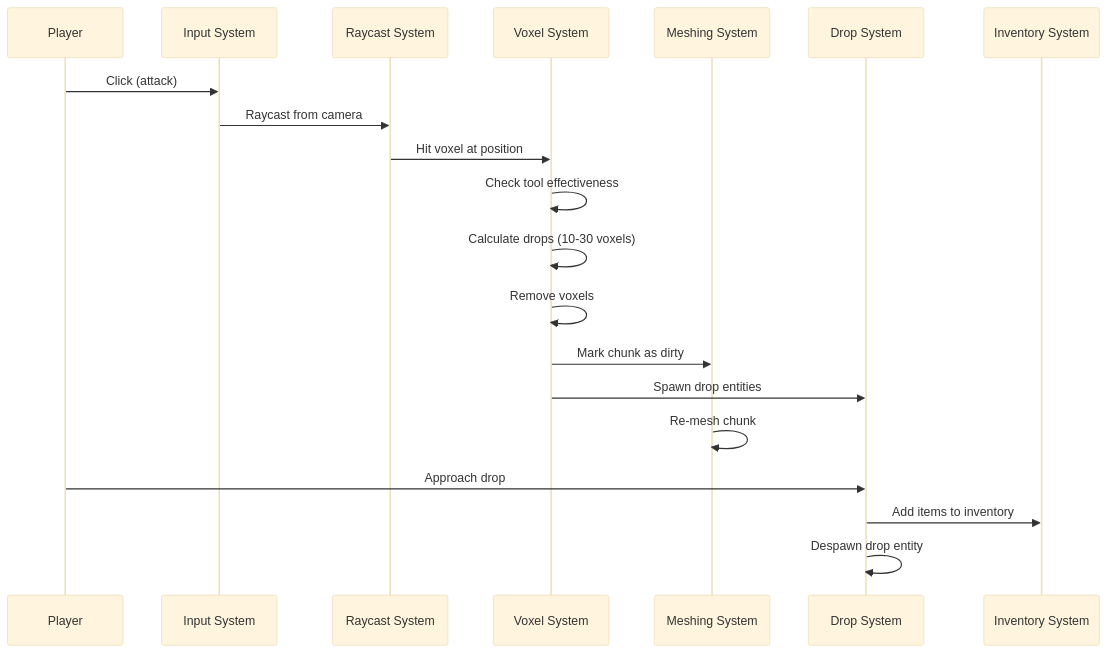
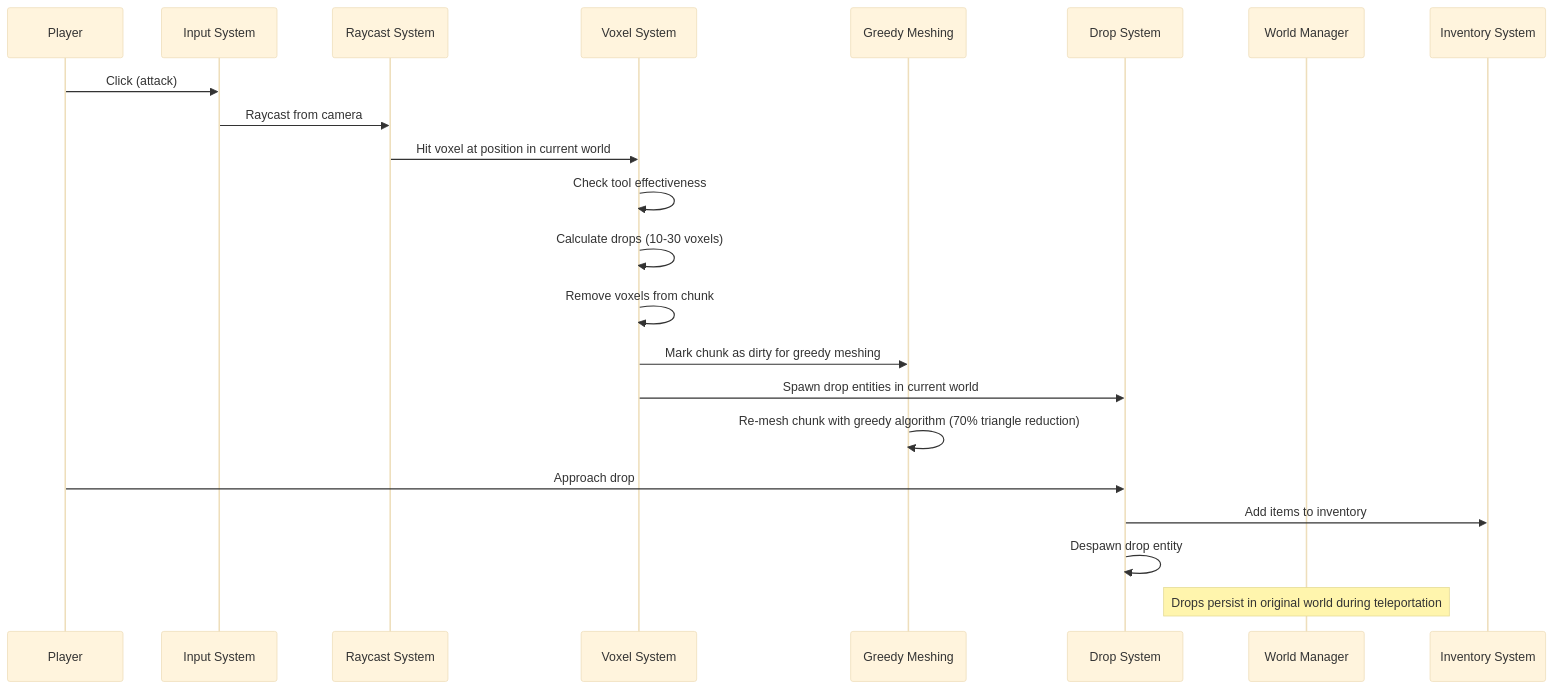
Before and after one commit to DereckAn/bevy_game: the second of 5 diagrams in docs/architecture.md, drawn with Mermaid (base theme). The commit also changed other lines of this file and 8 other files, not shown here.

````diff
--- a/docs/architecture.md
+++ b/docs/architecture.md
@@ -188,23 +304,26 @@
 ```mermaid
 sequenceDiagram
     participant P as Player
     participant I as Input System
     participant R as Raycast System
     participant V as Voxel System
-    participant M as Meshing System
+    participant GM as Greedy Meshing
     participant D as Drop System
+    participant WM as World Manager
     participant Inv as Inventory System
     
     P->>I: Click (attack)
     I->>R: Raycast from camera
-    R->>V: Hit voxel at position
+    R->>V: Hit voxel at position in current world
     V->>V: Check tool effectiveness
     V->>V: Calculate drops (10-30 voxels)
-    V->>V: Remove voxels
-    V->>M: Mark chunk as dirty
-    V->>D: Spawn drop entities
-    M->>M: Re-mesh chunk
+    V->>V: Remove voxels from chunk
+    V->>GM: Mark chunk as dirty for greedy meshing
+    V->>D: Spawn drop entities in current world
+    GM->>GM: Re-mesh chunk with greedy algorithm (70% triangle reduction)
     P->>D: Approach drop
     D->>Inv: Add items to inventory
     D->>D: Despawn drop entity
+    
+    Note over WM: Drops persist in original world during teleportation
 ```
````
